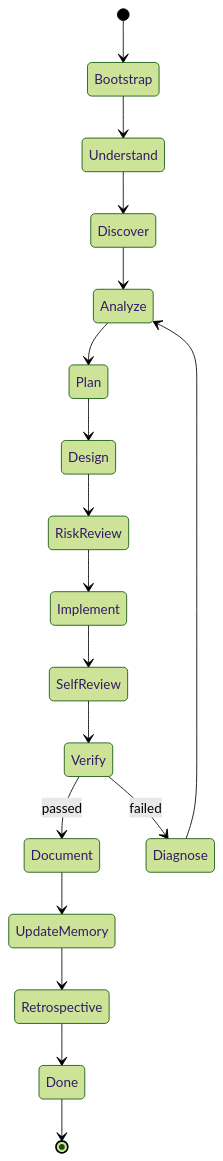
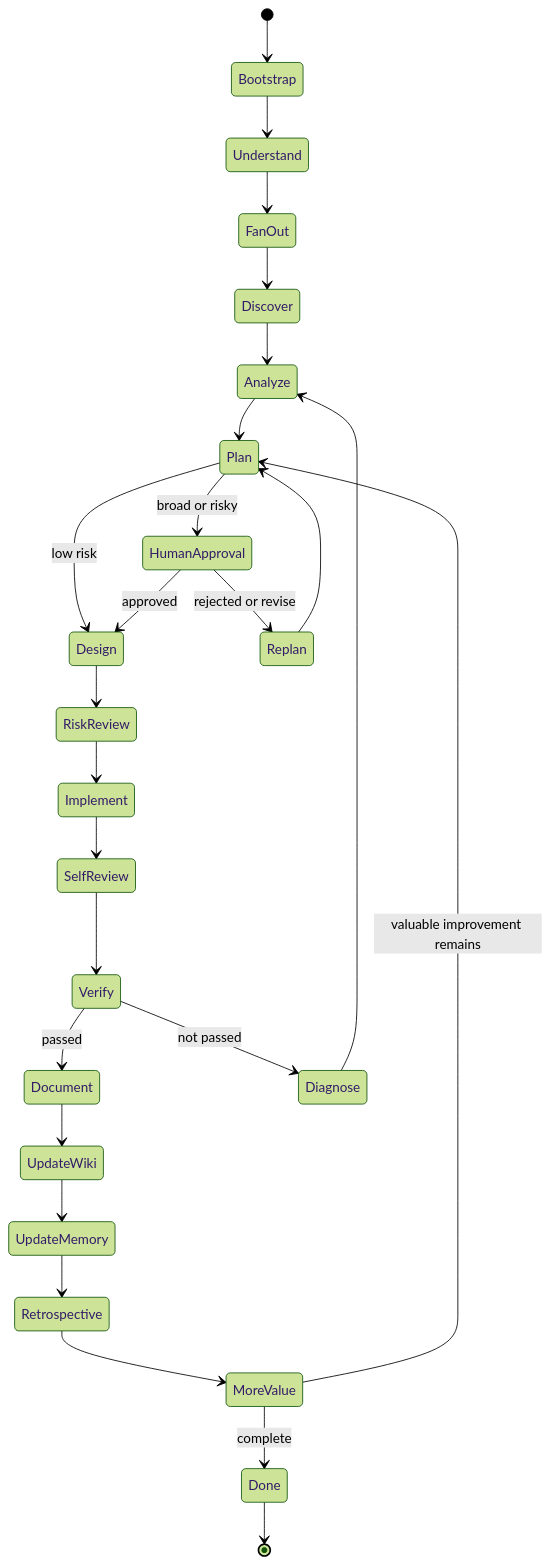
Before and after one commit to Coding-Autopilot-System/ai-engineering-operating-system: the diagram in docs/ai-os/master-operating-manual.md, drawn with Mermaid (forest theme). The commit also changed other lines of this file, not shown here.

````diff
--- a/docs/ai-os/master-operating-manual.md
+++ b/docs/ai-os/master-operating-manual.md
@@ -29,20 +31,28 @@
 ```mermaid
 stateDiagram-v2
     [*] --> Bootstrap
     Bootstrap --> Understand
-    Understand --> Discover
+    Understand --> FanOut
+    FanOut --> Discover
     Discover --> Analyze
     Analyze --> Plan
-    Plan --> Design
+    Plan --> HumanApproval: broad or risky
+    Plan --> Design: low risk
+    HumanApproval --> Design: approved
+    HumanApproval --> Replan: rejected or revise
+    Replan --> Plan
     Design --> RiskReview
     RiskReview --> Implement
     Implement --> SelfReview
     SelfReview --> Verify
     Verify --> Document: passed
-    Verify --> Diagnose: failed
+    Verify --> Diagnose: not passed
     Diagnose --> Analyze
-    Document --> UpdateMemory
+    Document --> UpdateWiki
+    UpdateWiki --> UpdateMemory
     UpdateMemory --> Retrospective
-    Retrospective --> Done
+    Retrospective --> MoreValue
+    MoreValue --> Plan: valuable improvement remains
+    MoreValue --> Done: complete
     Done --> [*]
 ```
````
